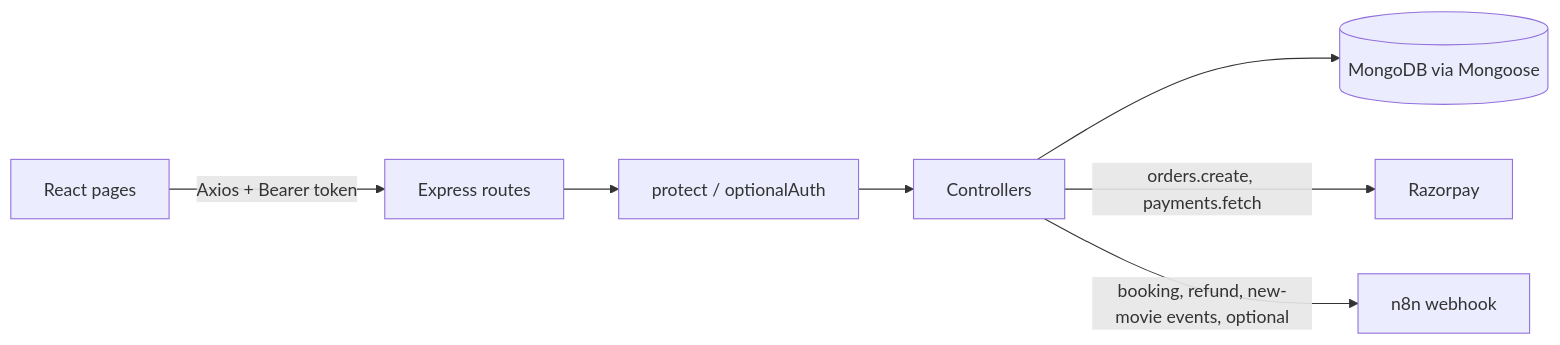
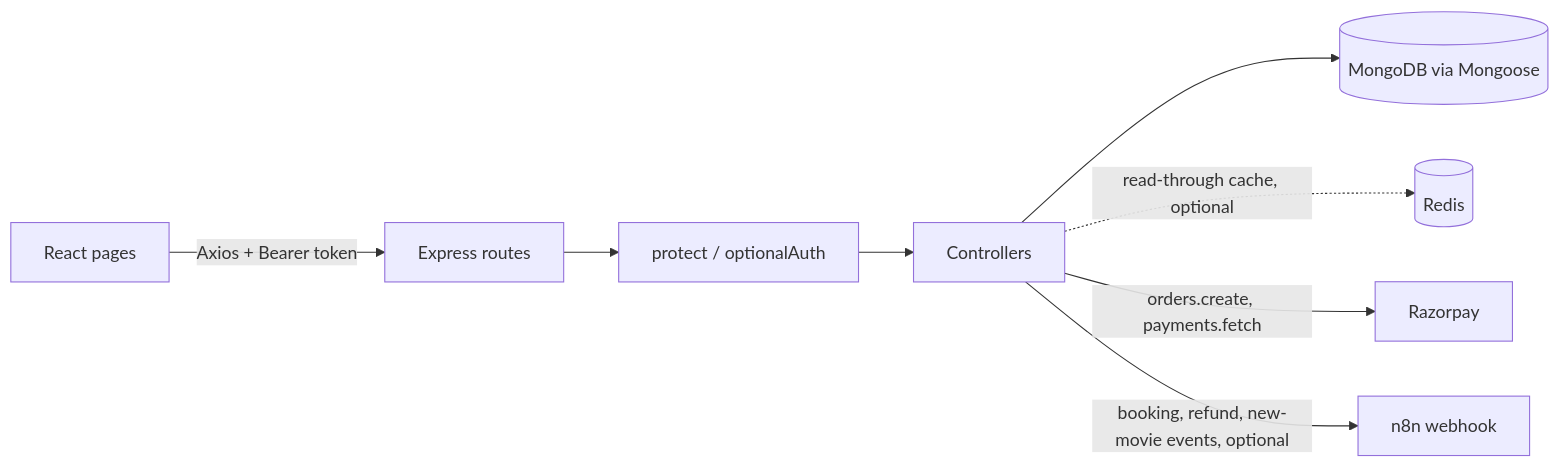
The diagram in README.md (jayy-codes07/ShowTimeX), drawn with Mermaid before and after one commit. The commit also changed other lines of this file and 2 other files, not shown here.

First line of the commit message:
docs: README, diagrams and env template for the cache and Redux

````diff
--- a/README.md
+++ b/README.md
@@ -53,9 +74,10 @@
 ```mermaid
 flowchart LR
   UI[React pages] -->|Axios + Bearer token| API[Express routes]
   API --> JWT[protect / optionalAuth]
   JWT --> C[Controllers]
   C --> M[(MongoDB via Mongoose)]
+  C -.->|read-through cache, optional| R[(Redis)]
   C -->|orders.create, payments.fetch| RZP[Razorpay]
   C -->|booking, refund, new-movie events, optional| N8N[n8n webhook]
 ```
````
